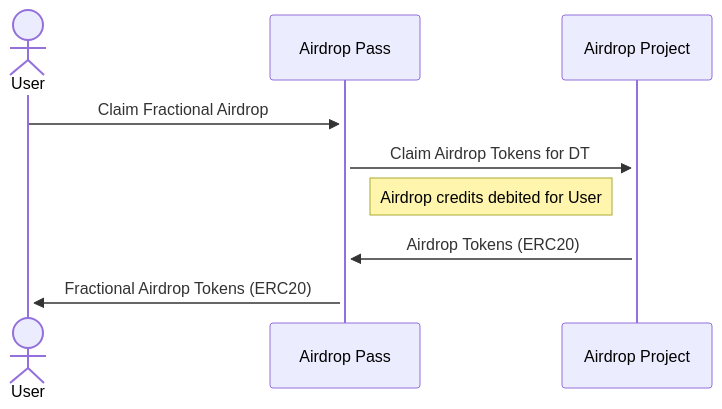
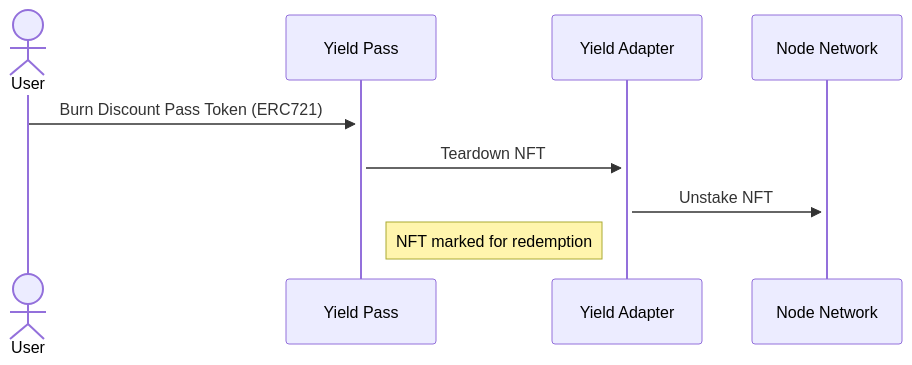
The fourth of 5 diagrams in docs/DESIGN.md (metastreet-labs/metastreet-yield-pass), drawn with Mermaid before and after one commit. The commit also changed other lines of this file and 2 other files, not shown here.

````diff
--- a/docs/DESIGN.md
+++ b/docs/DESIGN.md
@@ -80,9 +124,8 @@
 ```mermaid
 sequenceDiagram
     actor User
-    User->>+Airdrop Pass: Claim Fractional Airdrop
-    Airdrop Pass->>+Airdrop Project: Claim Airdrop Tokens for DT
-    Note right of Airdrop Pass: Airdrop credits debited for User
-    Airdrop Project->>+Airdrop Pass: Airdrop Tokens (ERC20)
-    Airdrop Pass->>+User: Fractional Airdrop Tokens (ERC20)
+    User->>+Yield Pass: Burn Discount Pass Token (ERC721)
+    Yield Pass->>+Yield Adapter: Teardown NFT
+    Yield Adapter->>+Node Network: Unstake NFT
+    Note right of Yield Pass: NFT marked for redemption
 ```
````
